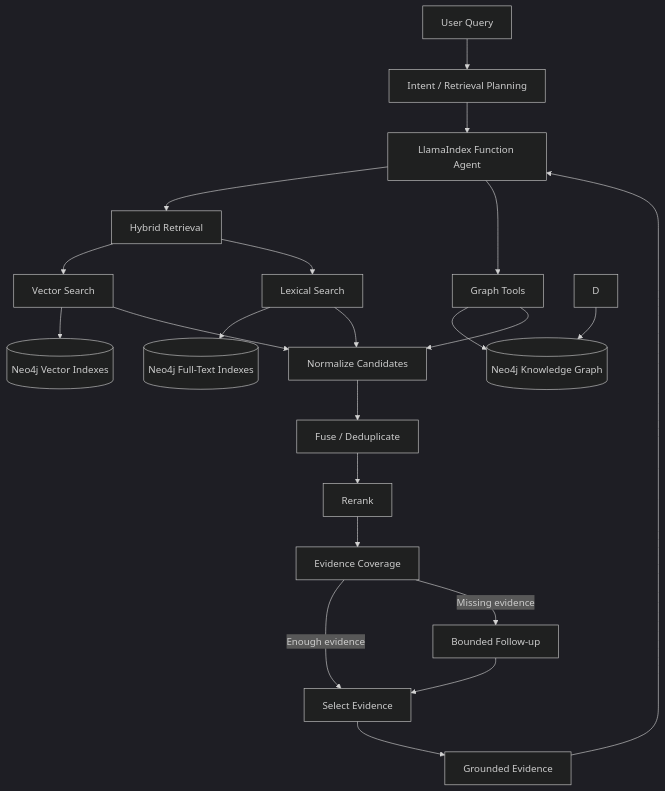
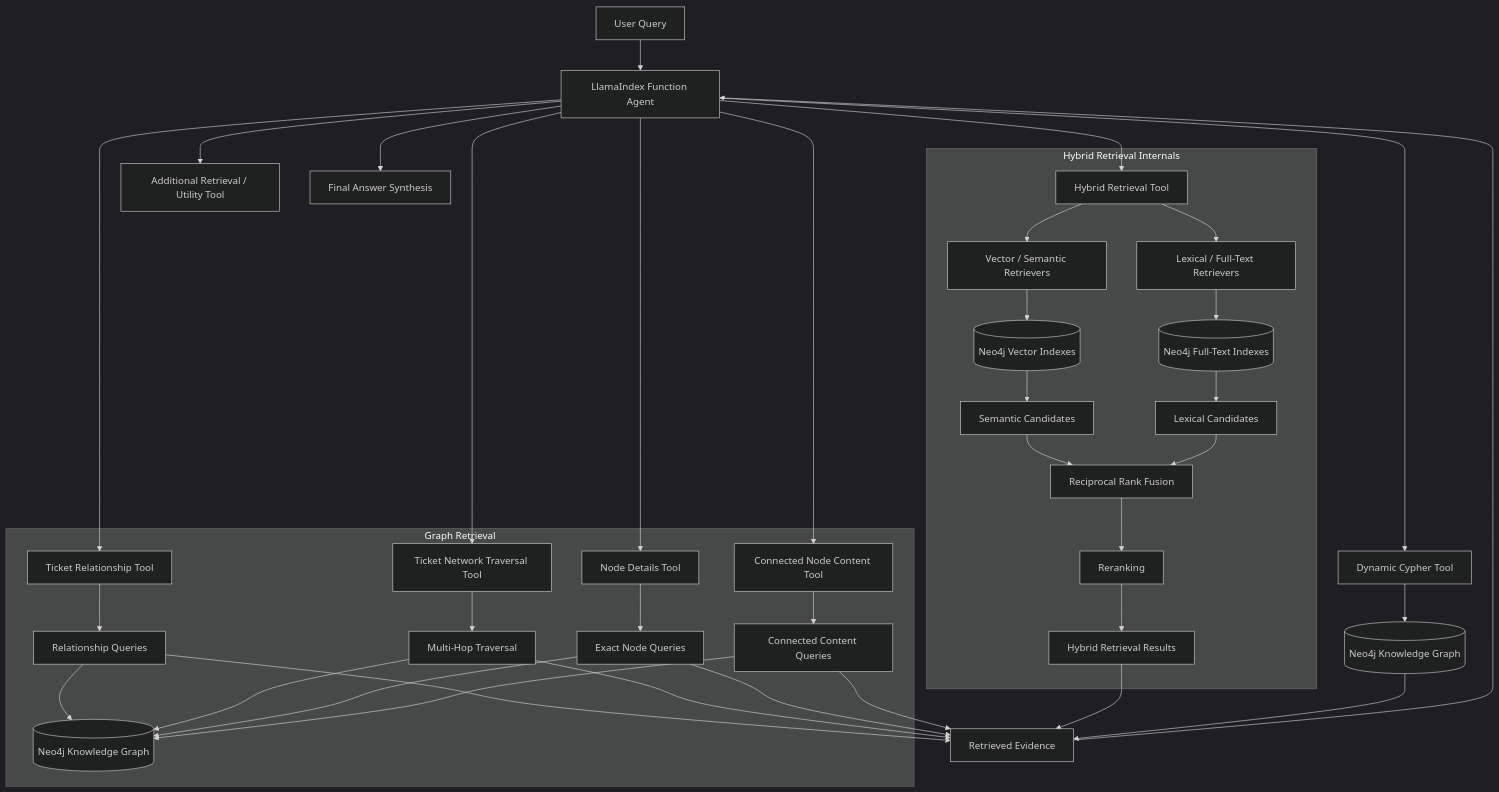
One commit to saadahmed388/nexus-graph changed the diagram in README.md. Above: the diagram before and after it, drawn with Mermaid (dark theme). The commit also changed other lines of this file, not shown here.

````diff
--- a/README.md
+++ b/README.md
@@ -44,31 +44,53 @@
 ```mermaid
 flowchart TD
-    U[User Query] --> I[Intent / Retrieval Planning]
-    I --> A[LlamaIndex Function Agent]
+    U[User Query] --> A[LlamaIndex Function Agent]
 
-    A --> H[Hybrid Retrieval]
-    A --> G[Graph Tools]
+    A --> T1[Hybrid Retrieval Tool]
+    A --> T2[Ticket Relationship Tool]
+    A --> T3[Ticket Network Traversal Tool]
+    A --> T4[Node Details Tool]
+    A --> T5[Connected Node Content Tool]
+    A --> T6[Dynamic Cypher Tool]
+    A --> T7[Additional Retrieval / Utility Tool]
 
-    H --> V[Vector Search]
-    H --> L[Lexical Search]
+    subgraph HYBRID[Hybrid Retrieval Internals]
+        T1 --> V[Vector / Semantic Retrievers]
+        T1 --> L[Lexical / Full-Text Retrievers]
 
-    V --> NV[(Neo4j Vector Indexes)]
-    L --> NL[(Neo4j Full-Text Indexes)]
-    G --> NG[(Neo4j Knowledge Graph)]
-    D --> NG
+        V --> VI[(Neo4j Vector Indexes)]
+        L --> FI[(Neo4j Full-Text Indexes)]
 
-    V --> N[Normalize Candidates]
-    L --> N
-    G --> N
+        VI --> VC[Semantic Candidates]
+        FI --> LC[Lexical Candidates]
 
-    N --> F[Fuse / Deduplicate]
-    F --> R[Rerank]
-    R --> C[Evidence Coverage]
+        VC --> RRF[Reciprocal Rank Fusion]
+        LC --> RRF
 
-    C -->|Enough evidence| E[Select Evidence]
-    C -->|Missing evidence| X[Bounded Follow-up]
-    X --> E
+        RRF --> RR[Reranking]
+        RR --> HR[Hybrid Retrieval Results]
+    end
 
-    E --> O[Grounded Evidence]
-    O --> A
+    subgraph GRAPH[Graph Retrieval]
+        T2 --> G1[Relationship Queries]
+        T3 --> G2[Multi-Hop Traversal]
+        T4 --> G3[Exact Node Queries]
+        T5 --> G4[Connected Content Queries]
+
+        G1 --> N[(Neo4j Knowledge Graph)]
+        G2 --> N
+        G3 --> N
+        G4 --> N
+    end
+
+    T6 --> N2[(Neo4j Knowledge Graph)]
+
+    HR --> E[Retrieved Evidence]
+    G1 --> E
+    G2 --> E
+    G3 --> E
+    G4 --> E
+    N2 --> E
+
+    E --> A
+    A --> O[Final Answer Synthesis]
 ```
````
